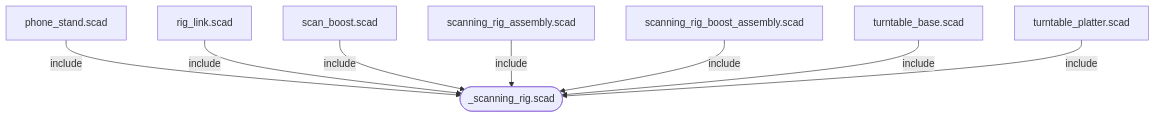
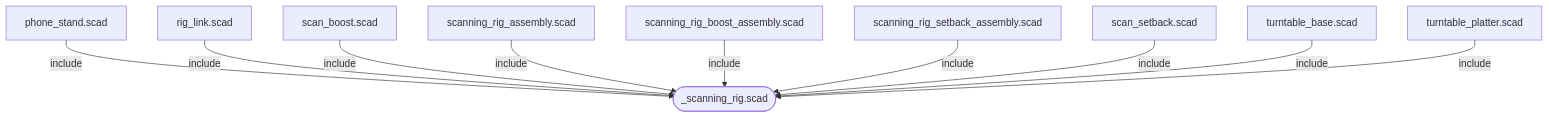
The diagram in scanning-rig/dependency-graph.md (stjohnb/3d-models), drawn with Mermaid before and after one commit. The commit also changed 18 other files, not shown here.

````diff
--- a/scanning-rig/dependency-graph.md
+++ b/scanning-rig/dependency-graph.md
@@ -10,18 +10,22 @@
 ```mermaid
 graph TD
   phone_stand["phone_stand.scad"]
   rig_link["rig_link.scad"]
   scan_boost["scan_boost.scad"]
   scanning_rig_assembly["scanning_rig_assembly.scad"]
   scanning_rig_boost_assembly["scanning_rig_boost_assembly.scad"]
   _scanning_rig(["_scanning_rig.scad"])
+  scanning_rig_setback_assembly["scanning_rig_setback_assembly.scad"]
+  scan_setback["scan_setback.scad"]
   turntable_base["turntable_base.scad"]
   turntable_platter["turntable_platter.scad"]
   phone_stand -->|include| _scanning_rig
   rig_link -->|include| _scanning_rig
   scan_boost -->|include| _scanning_rig
   scanning_rig_assembly -->|include| _scanning_rig
   scanning_rig_boost_assembly -->|include| _scanning_rig
+  scanning_rig_setback_assembly -->|include| _scanning_rig
+  scan_setback -->|include| _scanning_rig
   turntable_base -->|include| _scanning_rig
   turntable_platter -->|include| _scanning_rig
 ```
````
